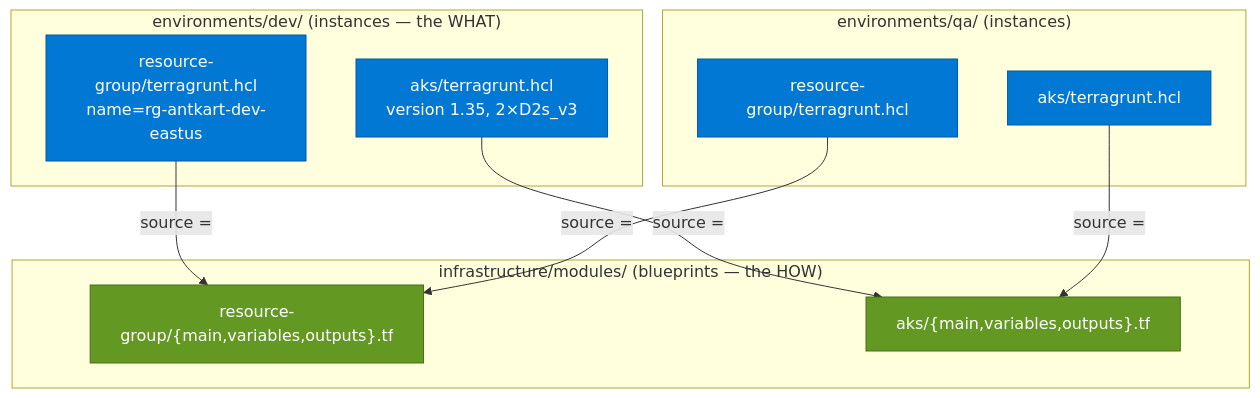
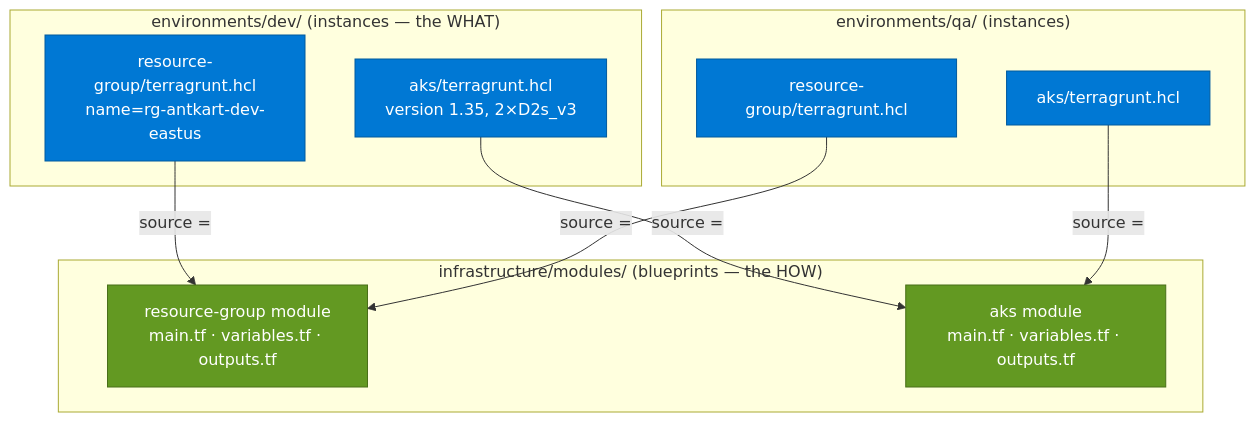
One commit to seesathish/AntKart-Src3 changed the sixth of 20 diagrams in docs/ARCHITECT-PLAYBOOK.md. Above: the diagram before and after it, drawn with Mermaid. The commit also changed other lines of this file, not shown here.

First line of the commit message:
docs: fix Mermaid parse errors in the Architect's Playbook

````diff
--- a/docs/ARCHITECT-PLAYBOOK.md
+++ b/docs/ARCHITECT-PLAYBOOK.md
@@ -1061,28 +1061,28 @@
 ```mermaid
 flowchart TD
     subgraph M["infrastructure/modules/  (blueprints — the HOW)"]
-        MRG["resource-group/{main,variables,outputs}.tf"]:::cicd
-        MAKS["aks/{main,variables,outputs}.tf"]:::cicd
+        MRG["resource-group module<br/>main.tf · variables.tf · outputs.tf"]:::cicd
+        MAKS["aks module<br/>main.tf · variables.tf · outputs.tf"]:::cicd
     end
     subgraph DEV["environments/dev/  (instances — the WHAT)"]
         DRG["resource-group/terragrunt.hcl<br/>name=rg-antkart-dev-eastus"]:::paas
         DAKS["aks/terragrunt.hcl<br/>version 1.35, 2×D2s_v3"]:::paas
     end
     subgraph QA["environments/qa/  (instances)"]
         QRG["resource-group/terragrunt.hcl"]:::paas
         QAKS["aks/terragrunt.hcl"]:::paas
     end
     DRG -->|source =| MRG
     QRG -->|source =| MRG
     DAKS -->|source =| MAKS
     QAKS -->|source =| MAKS
 
     classDef external fill:#B4B2A9,stroke:#7A7870,color:#111,stroke-dasharray:4 3;
     classDef service fill:#1D9E75,stroke:#14795A,color:#FFF;
     classDef paas fill:#0078D4,stroke:#005A9E,color:#FFF;
     classDef datastore fill:#185FA5,stroke:#0F3F6E,color:#FFF;
     classDef identity fill:#BA7517,stroke:#8A560F,color:#FFF;
     classDef edge fill:#7F77DD,stroke:#5B52B8,color:#FFF;
     classDef cicd fill:#639922,stroke:#496F18,color:#FFF;
     classDef issue fill:none,stroke:#E24B4A,color:#E24B4A,stroke-dasharray:5 4;
 ```
````
